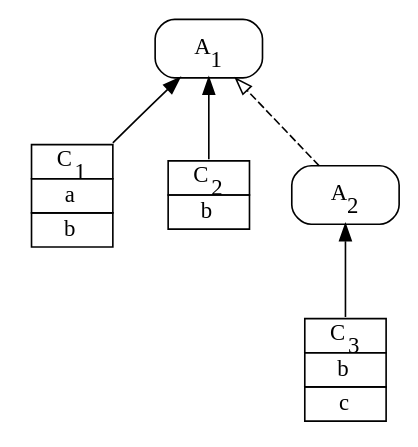
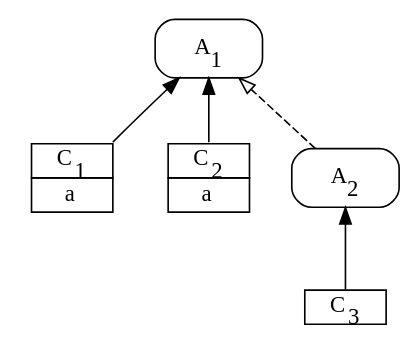
Before and after one commit to BenChung/JuliaFormalismNOOL2016: the diagram in example2.dot, drawn with Graphviz. The commit also changed 3 other files, not shown here.

```diff
--- a/example2.dot
+++ b/example2.dot
@@ -1,32 +1,29 @@
 digraph G {
 	node [shape="Mrecord"];
 	{rank=source;A_1 [ label = <<table border="0" cellspacing="0">
                     <tr><td width="50"  port="port1" border="0">A<SUB>1</SUB></td></tr>
                 </table>>];}
 	node [shape=none]; 
 	{rank=same; 
 		C_1 [label = <<table border="0" cellspacing="0">
                     <tr><td width="50"  port="port1" border="1">C<SUB>1</SUB></td></tr>
                     <tr><td width="50" border="1">a</td></tr>
-                    <tr><td width="50" border="1">b</td></tr>
                 </table>>]; 
 		C_2 [label = <<table border="0" cellspacing="0">
                     <tr><td width="50"  port="port1" border="1">C<SUB>2</SUB></td></tr>
-                    <tr><td width="50" border="1">b</td></tr>
+                    <tr><td width="50" border="1">a</td></tr>
                 </table>>];}
 	{rank=sink; C_3 [label = <<table border="0" cellspacing="0">
                     <tr><td width="50"  port="port1" border="1">C<SUB>3</SUB></td></tr>
-                    <tr><td width="50" border="1">b</td></tr>
-                    <tr><td width="50" border="1">c</td></tr>
                 </table>>];}
 	node [shape="Mrecord"];
 	A_2 [ label = <<table border="0" cellspacing="0">
                     <tr><td width="50"  port="port1" border="0">A<SUB>2</SUB></td></tr>
                 </table>>];
     {       
         A_2 -> A_1 [arrowhead = "empty", style="dashed"];
 		C_1:port1:ne -> A_1;
 		C_2:port1 -> A_1; 
 		C_3:port1 -> A_2;
 	}
 }
```
